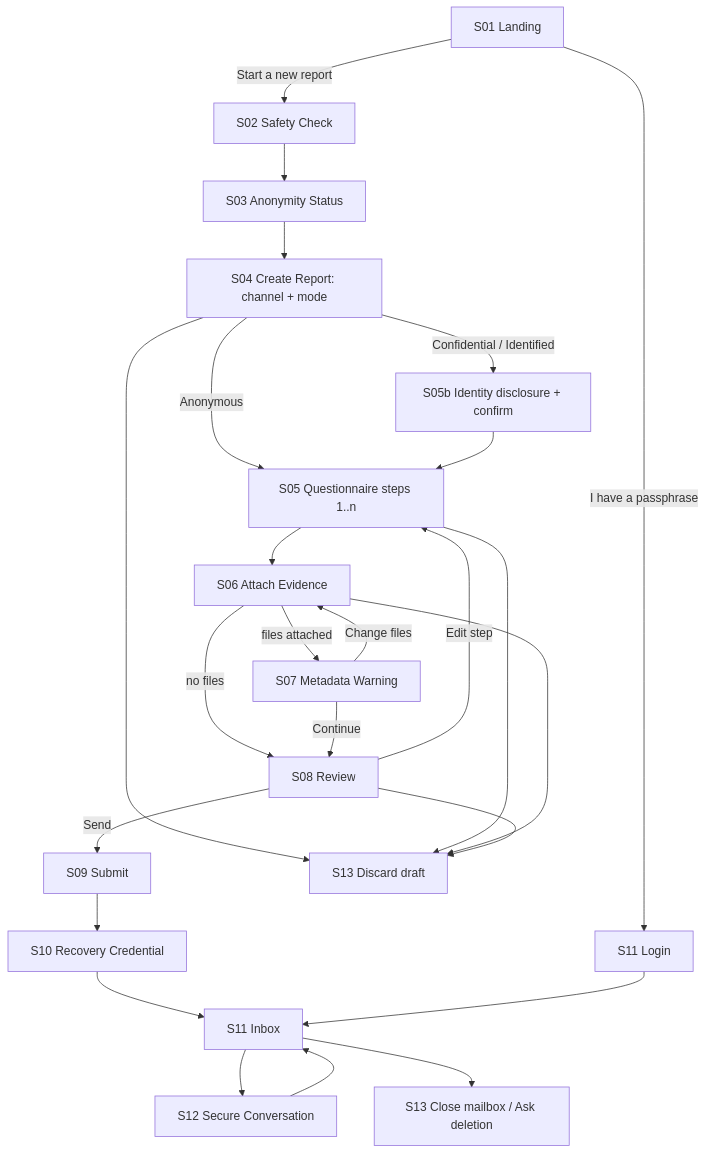
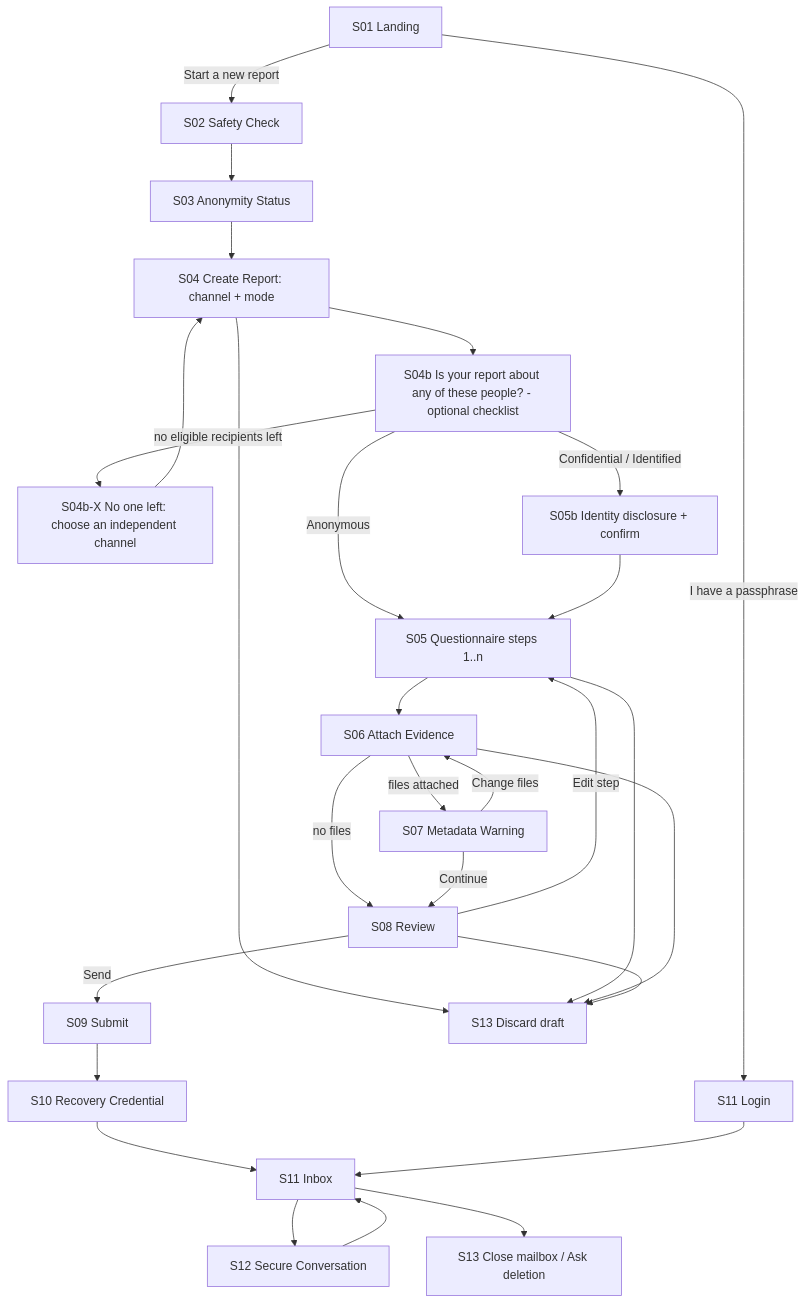
The first of 2 diagrams in specs/11-FRONTEND-SOURCE.md (djshellshoxxx/leaks), drawn with Mermaid before and after one commit. The commit also changed other lines of this file and 14 other files, not shown here.

````diff
--- a/specs/11-FRONTEND-SOURCE.md
+++ b/specs/11-FRONTEND-SOURCE.md
@@ -245,24 +257,27 @@
 ```mermaid
 flowchart TD
   S01[S01 Landing] -->|Start a new report| S02[S02 Safety Check]
   S01 -->|I have a passphrase| S11L[S11 Login]
   S02 --> S03[S03 Anonymity Status]
   S03 --> S04[S04 Create Report: channel + mode]
-  S04 -->|Anonymous| S05[S05 Questionnaire steps 1..n]
-  S04 -->|Confidential / Identified| S05b[S05b Identity disclosure + confirm]
+  S04 --> S04b[S04b Is your report about any of these people? - optional checklist]
+  S04b -->|no eligible recipients left| S04x[S04b-X No one left: choose an independent channel]
+  S04x --> S04
+  S04b -->|Anonymous| S05[S05 Questionnaire steps 1..n]
+  S04b -->|Confidential / Identified| S05b[S05b Identity disclosure + confirm]
   S05b --> S05
   S05 --> S06[S06 Attach Evidence]
   S06 -->|files attached| S07[S07 Metadata Warning]
   S06 -->|no files| S08[S08 Review]
   S07 -->|Change files| S06
   S07 -->|Continue| S08
   S08 -->|Edit step| S05
   S08 -->|Send| S09[S09 Submit]
   S09 --> S10[S10 Recovery Credential]
   S10 --> S11I[S11 Inbox]
   S11L --> S11I
   S11I --> S12[S12 Secure Conversation]
   S11I --> S13[S13 Close mailbox / Ask deletion]
   S04 & S05 & S06 & S08 --> S13D[S13 Discard draft]
   S12 --> S11I
 ```
````
